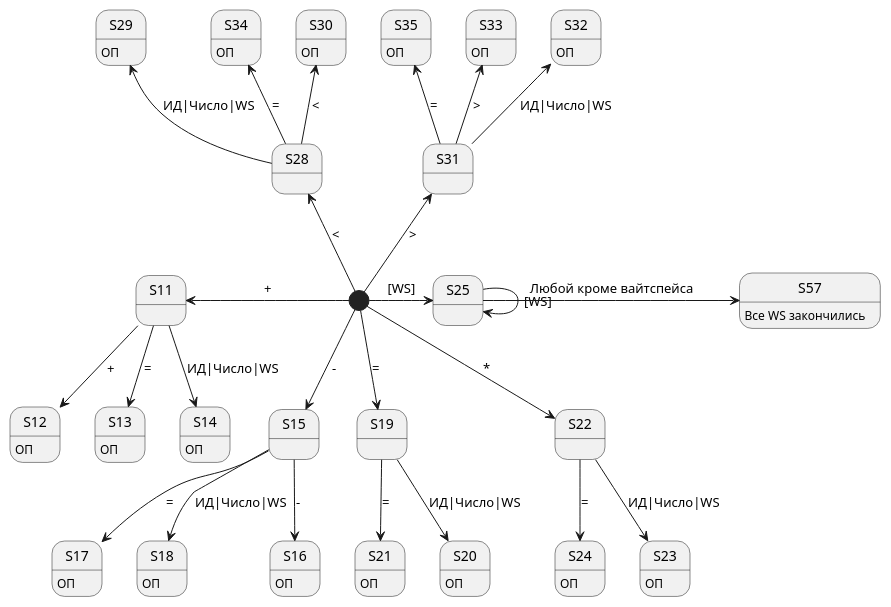
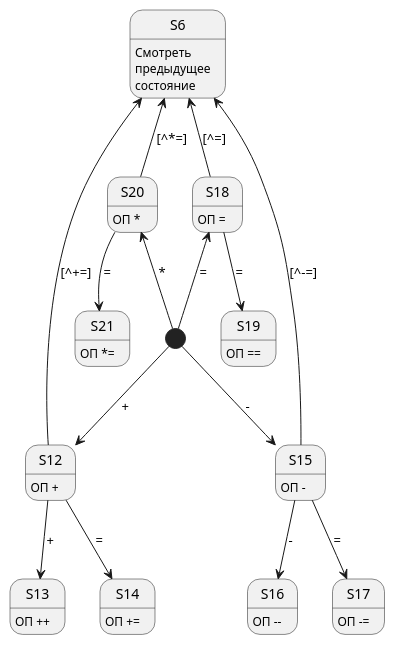
One commit to vladimirlll/CSharpLexicalAnalyzer changed the diagram in Диаграмма состояния для ЛА/sd2.puml. Above: the diagram before and after it, drawn with PlantUML. The commit also changed 15 other files, not shown here.

Commit message:
Полное обновление диаграммы состояний - переходов, добавлено единое заключительное состояние для переходов из состояний, которые сами могут являться заключительными состояниями

```diff
--- a/Диаграмма состояния для ЛА/sd2.puml
+++ b/Диаграмма состояния для ЛА/sd2.puml
@@ -1,52 +1,33 @@
-@startuml "sd"
+@startuml "sd2"
 
-[*] -left-> S11 : +
-S11 --> S12 : +
-S12 : ОП
-S11 --> S13 : =
-S13 : ОП
-S11 --> S14 : ИД|Число|WS
-S14 : ОП
+[*] --> S12 : +
+S12 --> S13 : +
+S13 : ОП ++
+S12 --> S14 : =
+S14 : ОП +=
+S12 -up-> S6 : [^+=]
+S12 : ОП +
 
 [*] --> S15 : -
 S15 --> S16 : -
-S16 : ОП
+S16 : ОП --
 S15 --> S17 : =
-S17 : ОП
-S15 --> S18 : ИД|Число|WS
-S18 : ОП
+S17 : ОП -=
+S15 -up-> S6 : [^-=]
+S15 : ОП -
 
-[*] --> S19 : =
-S19 --> S20 : ИД|Число|WS
-S20 : ОП
-S19 --> S21 : =
-S21 : ОП
+[*] -up-> S18 : =
+S18 -up-> S6 : [^=]
+S18 --> S19 : =
+S19 : ОП ==
+S18 : ОП =
 
-[*] --> S22 : *
-S22 --> S23 : ИД|Число|WS
-S23 : ОП
-S22 --> S24 : =
-S24 : ОП
+[*] -up-> S20 : *
+S20 -up-> S6 : [^*=]
+S20 --> S21 : =
+S21 : ОП *=
+S20 : ОП *
 
-[*] -right-> S25 : [WS]
-S25 -right-> S25 : [WS]
-S25 -right-> S57 : Любой кроме вайтспейса 
-S57 : Все WS закончились
-
-[*] -up-> S28 : <
-S28 -up-> S29 : ИД|Число|WS
-S29 : ОП
-S28 -up-> S30 : <
-S30 : ОП
-S28 -up-> S34 : =
-S34 : ОП
-
-[*] -up-> S31 : >
-S31 -up-> S32 : ИД|Число|WS
-S32 : ОП
-S31 -up-> S33 : >
-S33 : ОП
-S31 -up-> S35 : =
-S35 : ОП
+S6 : Смотреть\nпредыдущее\nсостояние
 
 @enduml
```
